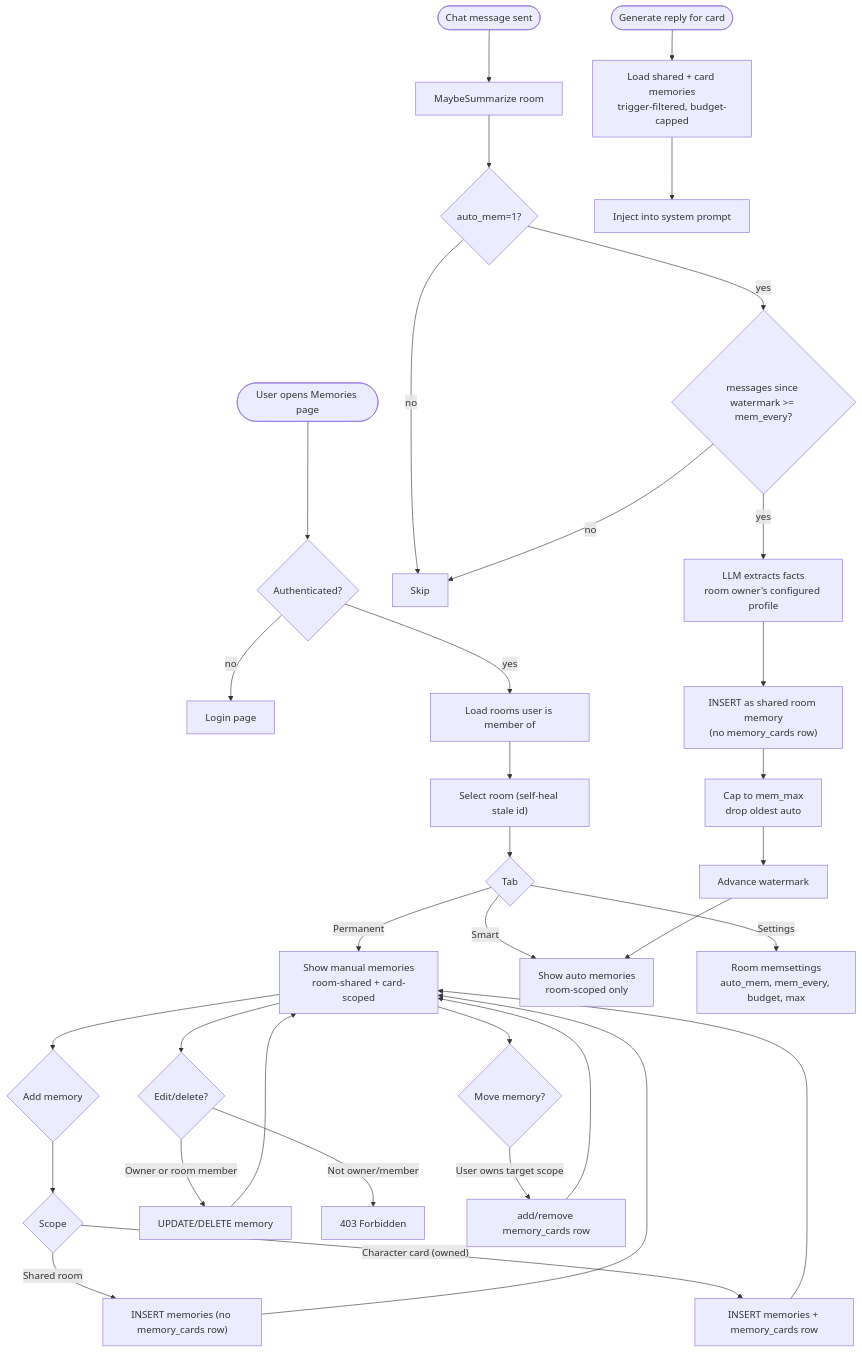
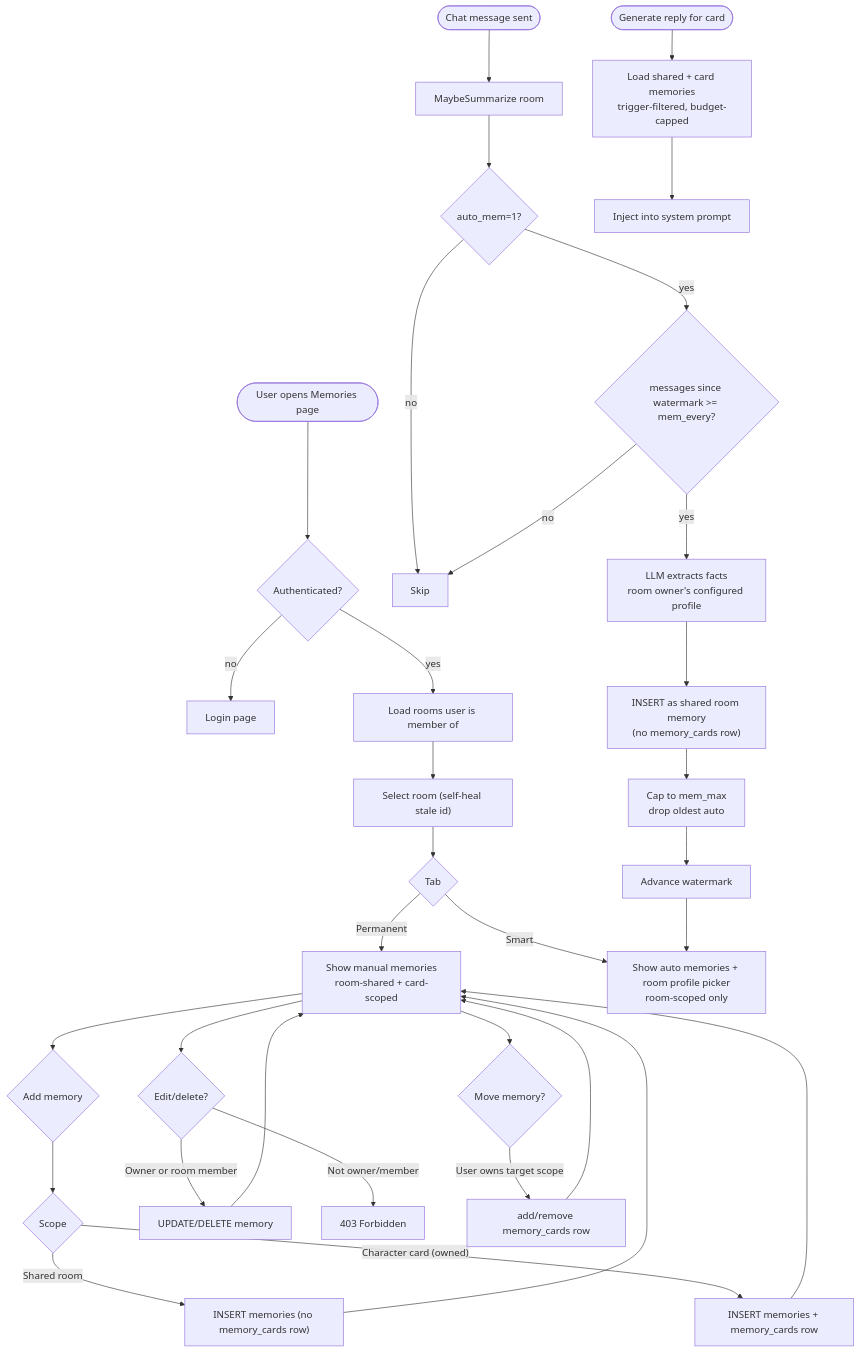
One commit to XanthiaJo/BOLLOCKS changed the diagram in docs/memories.md. Above: the diagram before and after it, drawn with Mermaid. The commit also changed 9 other files, not shown here.

````diff
--- a/docs/memories.md
+++ b/docs/memories.md
@@ -71,47 +71,46 @@
 ```mermaid
 flowchart TD
     Start([User opens Memories page]) --> Auth{Authenticated?}
     Auth -- no --> Login[Login page]
     Auth -- yes --> LoadRooms[Load rooms user is member of]
     LoadRooms --> SelectRoom["Select room (self-heal stale id)"]
     SelectRoom --> Tabs{Tab}
 
     Tabs -->|Permanent| PermList["Show manual memories<br/>room-shared + card-scoped"]
-    Tabs -->|Smart| SmartList["Show auto memories<br/>room-scoped only"]
-    Tabs -->|Settings| Settings["Room memsettings<br/>auto_mem, mem_every, budget, max"]
+    Tabs -->|Smart| SmartList["Show auto memories + room profile picker<br/>room-scoped only"]
 
     %% Permanent creation
     PermList --> AddMem{Add memory}
     AddMem --> Scope{Scope}
     Scope -->|Shared room| InsShared["INSERT memories (no memory_cards row)"]
     Scope -->|"Character card (owned)"| InsCard["INSERT memories + memory_cards row"]
     InsShared --> PermList
     InsCard --> PermList
 
     %% Permanent editing
     PermList --> Edit{Edit/delete?}
     Edit -->|Owner or room member| Update["UPDATE/DELETE memory"]
     Edit -->|Not owner/member| Deny["403 Forbidden"]
     Update --> PermList
 
     %% Smart extraction
     Chat([Chat message sent]) --> MaybeSum["MaybeSummarize room"]
     MaybeSum --> CheckAuto{auto_mem=1?}
     CheckAuto -- no --> Skip[Skip]
     CheckAuto -- yes --> CheckInterval{"messages since watermark >= mem_every?"}
     CheckInterval -- no --> Skip
     CheckInterval -- yes --> Extract["LLM extracts facts<br/>room owner's configured profile"]
     Extract --> StoreShared["INSERT as shared room memory<br/>(no memory_cards row)"]
     StoreShared --> Cap["Cap to mem_max<br/>drop oldest auto"]
     Cap --> Watermark[Advance watermark]
     Watermark --> SmartList
 
     %% Injection
     Gen([Generate reply for card]) --> Inject["Load shared + card memories<br/>trigger-filtered, budget-capped"]
     Inject --> Prompt["Inject into system prompt"]
 
     %% Move
     PermList --> Move{Move memory?}
     Move -->|User owns target scope| MoveMem["add/remove memory_cards row"]
     MoveMem --> PermList
 ```
````
